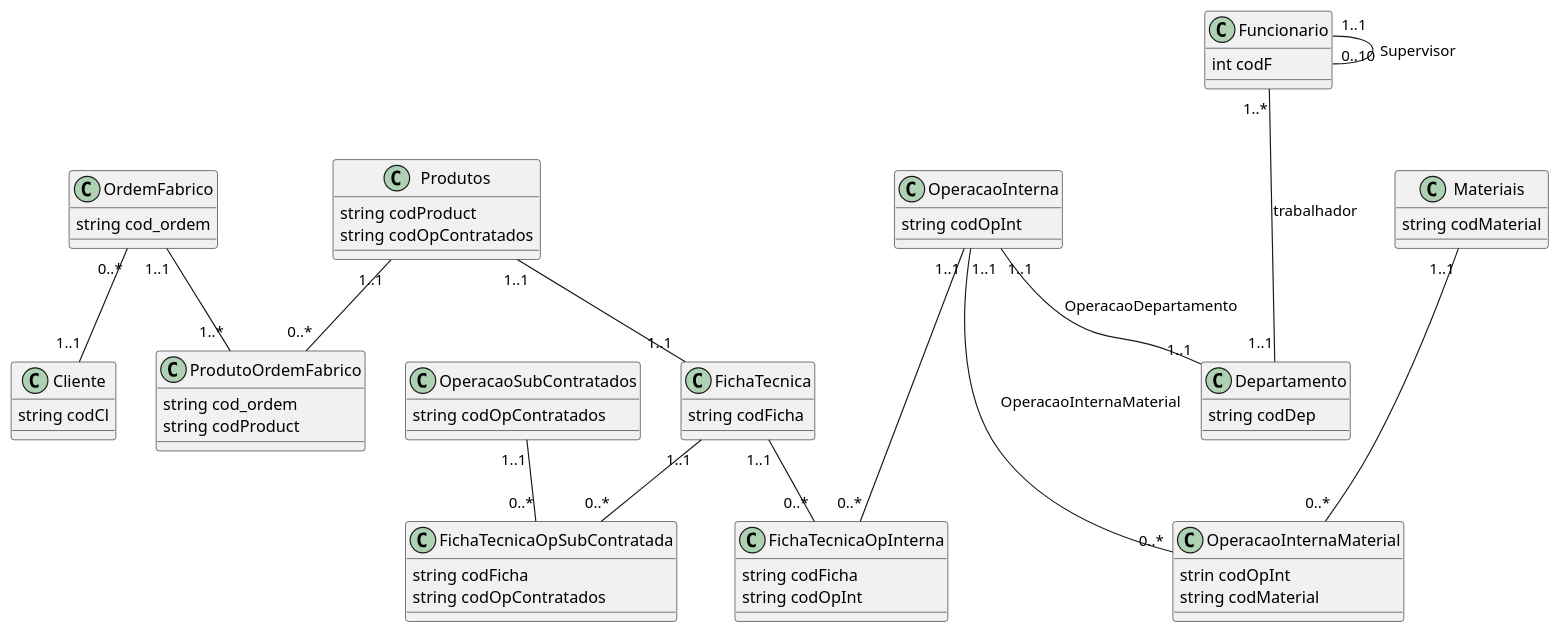
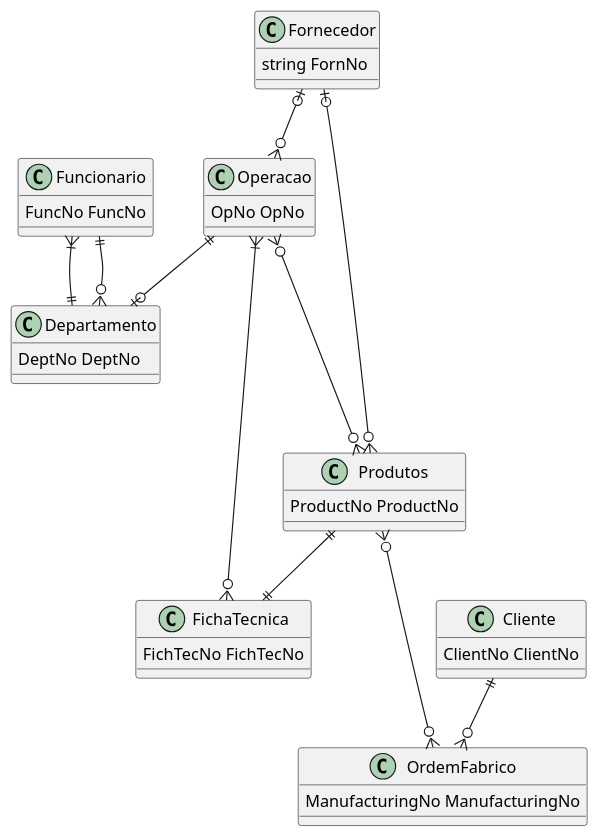
Before and after one commit to Arturito2005/TrabalhoBD: the diagram in ModeloERv1_0.plantuml, drawn with PlantUML. The commit also changed 2 other files, not shown here.

```diff
--- a/ModeloERv1_0.plantuml
+++ b/ModeloERv1_0.plantuml
@@ -1,124 +1,114 @@
 @startuml tableBD
+/'
+Segundo o Bruno Materiais vão ser também produtos
+'/
+
+/'
+Meter tabela de fornecedor 
+ligado aos Materias e 
+OperacaoSubContratada
+'/
+
+/'
+Agregações:
+Funcionario com Departamento
+Departamento com OperaçãoInterna
+FichaTecnica com Operacao
+
+Composições:
+Produto com Ordem de fabrico
+Cliente com Ordem de fabrico
+Produto com Ficha Tecnica
+OperacaoSubContratada com Operacao
+OperacaoInterna com Operacao
+'/
+
 /'
 Define os produtos a fabricar,
 Quantidades necessárias
 Prazos de conclusão
 '/
 class OrdemFabrico {
-    string cod_ordem
+    ManufacturingNo ManufacturingNo
 }   
 
 class Produtos {
-    string codProduct
-    string codOpContratados
+    ProductNo ProductNo
 }
 
-class ProdutoOrdemFabrico {
-    string cod_ordem
-    string codProduct
-}
 
 /'
 Conjunto de operações necessarias para a produção
 de um produto
 '/
 class FichaTecnica {
-    string codFicha
+    FichTecNo FichTecNo
 }
 
-class FichaTecnicaOpSubContratada {
-    string codFicha
-    string codOpContratados
-}
-
-class FichaTecnicaOpInterna {
-    string codFicha
-    string codOpInt
-}
-
-/'
-Materias utilizados nas operacoes;
-'/
-class Materiais {
-    string codMaterial 
-}
 
 /'
 Parceiro externo que pode desenvolver uma operação
 Ver se apenas um subContratado pode fazer uma e so uma operação
 '/
-class OperacaoSubContratados {
-    string codOpContratados
-}
-
-/'Operacoes feitas pelo propria empresa'/
-class OperacaoInterna {
-    string codOpInt
-}
-
-class OperacaoInternaMaterial {
-    strin codOpInt
-    string codMaterial
+class Operacao {
+    OpNo OpNo
 }
 
 /'Extras se quissermos complicar'/
 
 /'Setor da fabrica responsável por uma determinada
 operacao'/
 class Departamento {
-    string codDep
+    DeptNo DeptNo 
 }
 
 /'
 Funcionario da fabrica, que faz parte de um setor
 '/
 class Funcionario {
-    int codF
+    FuncNo FuncNo
 }
 
 class Cliente {
-    string codCl
+    ClientNo ClientNo 
+}
+
+class Fornecedor {
+    string FornNo 
 }
 
 /'
 Relacionamento dos Funcionarios
 '/
-Funcionario "1..*" --- "1..1" Departamento : trabalhador 
-Funcionario "1..1" -- "0..10" Funcionario  : Supervisor
+Funcionario }|--|| Departamento
+Funcionario ||--o{ Departamento 
 
 /'
-Relacionamento das Operacoes
+Relacionamento do Fornecedor
 '/
-OperacaoInterna "1..1" -- "1..1" Departamento: OperacaoDepartamento
-OperacaoInterna "1..1" --- "0..*" OperacaoInternaMaterial: OperacaoInternaMaterial
-OperacaoInterna "1..1" --- "0..*" FichaTecnicaOpInterna
+Fornecedor |o--o{ Produtos
+Fornecedor |o--o{ Operacao
 
 /'
-Relacionamento Operacoes Sub Contratadas
+Relacionamento Operacao
 '/
-OperacaoSubContratados "1..1" -- "0..*" FichaTecnicaOpSubContratada
+Operacao }|--o{ FichaTecnica
 
 /'
-Relacionamento Materiais
+Relacionamento das Operacoes Interna
 '/
-Materiais "1..1" --- "0..*" OperacaoInternaMaterial
-
-/'
-Relacionamento da Ficha Tecnica
-'/
-
-FichaTecnica "1..1" -- "0..*" FichaTecnicaOpInterna
-FichaTecnica "1..1" -- "0..*" FichaTecnicaOpSubContratada
+Operacao ||--o| Departamento
+Operacao }o---o{ Produtos
 
 /'
 Relacionamentos do Produto
 '/
-Produtos "1..1" -- "1..1" FichaTecnica
-Produtos "1..1" -- "0..*" ProdutoOrdemFabrico
+Produtos ||--|| FichaTecnica
+Produtos }o---o{ OrdemFabrico
 
 /'
 Relacionamento Ordem Fabrico
 '/
-OrdemFabrico "1..1" -- "1..*" ProdutoOrdemFabrico
-OrdemFabrico "0..*" -- "1..1" Cliente
+Cliente ||--o{ OrdemFabrico
+
 @enduml
```
